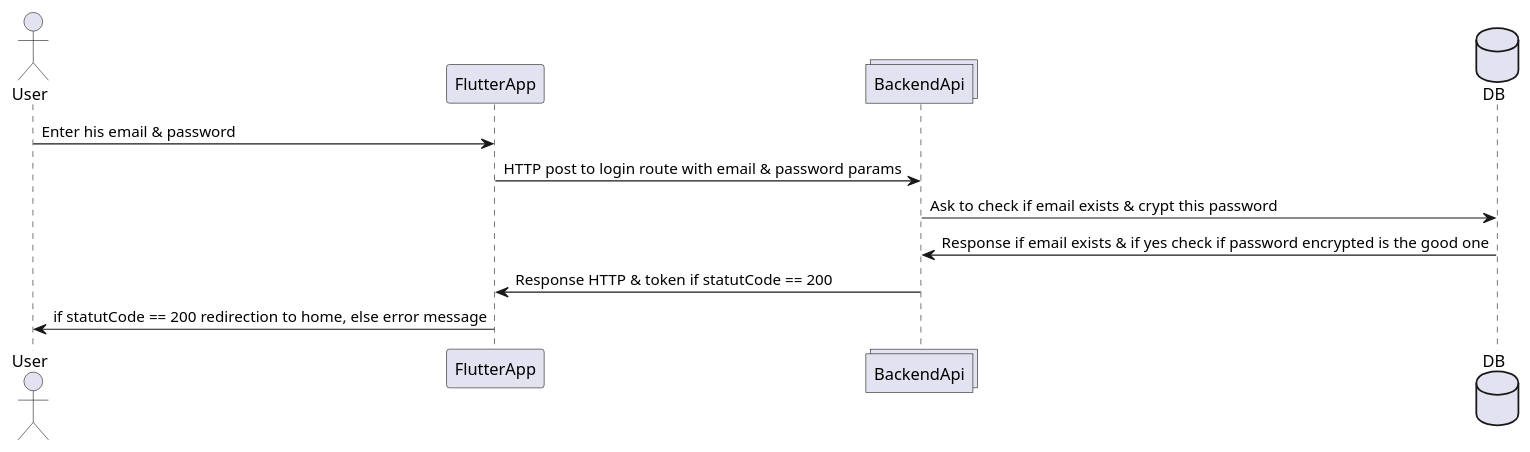
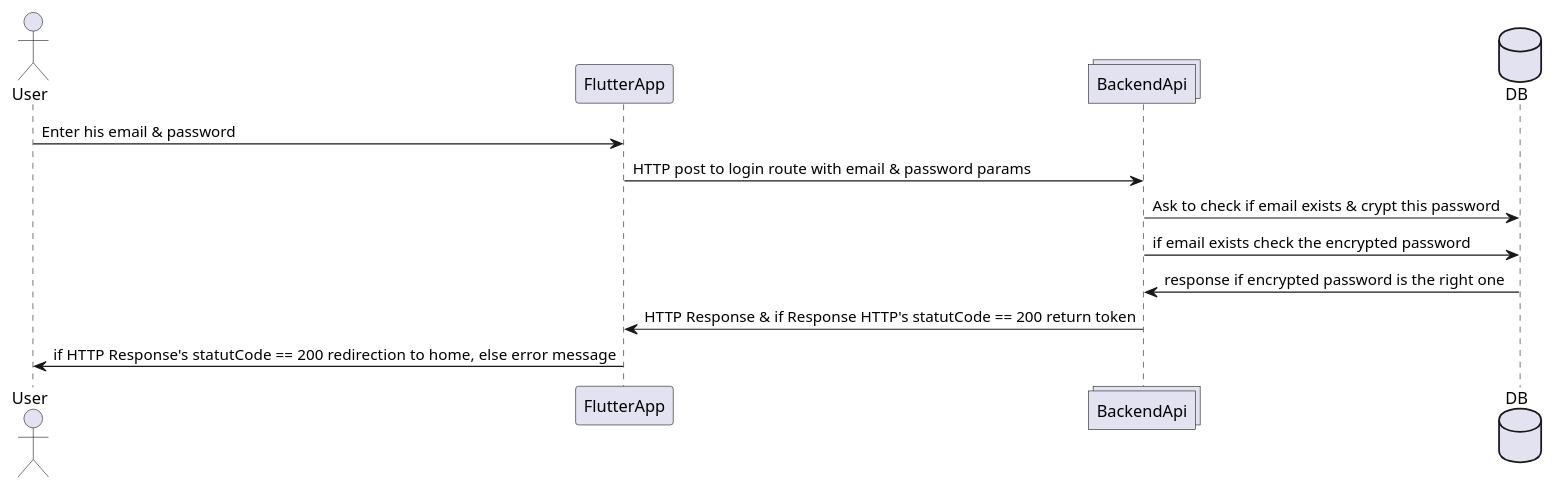
The diagram in conception/diagrams/sequencies/authentication_login.puml (Eco-Gest/Frontend-Flutter), drawn with PlantUML before and after one commit. The commit also changed 9 other files, not shown here.

Commit message:
update the diagrams

```diff
--- a/conception/diagrams/sequencies/authentication_login.puml
+++ b/conception/diagrams/sequencies/authentication_login.puml
@@ -1,15 +1,17 @@
 @startuml
 
 actor       User       as u
 participant    FlutterApp    as fa
 collections     BackendApi     as ba
 database      DB      as db
 
 u -> fa : Enter his email & password 
 fa -> ba : HTTP post to login route with email & password params
 ba -> db : Ask to check if email exists & crypt this password 
-db -> ba : Response if email exists & if yes check if password encrypted is the good one
-ba -> fa : Response HTTP & token if statutCode == 200
-fa-> u : if statutCode == 200 redirection to home, else error message 
+ba -> db : if email exists check the encrypted password
+db -> ba : response if encrypted password is the right one
+ba -> fa : HTTP Response & if Response HTTP's statutCode == 200 return token 
+fa-> u : if HTTP Response's statutCode == 200  redirection to home, else error message 
+
 
 @enduml
```
